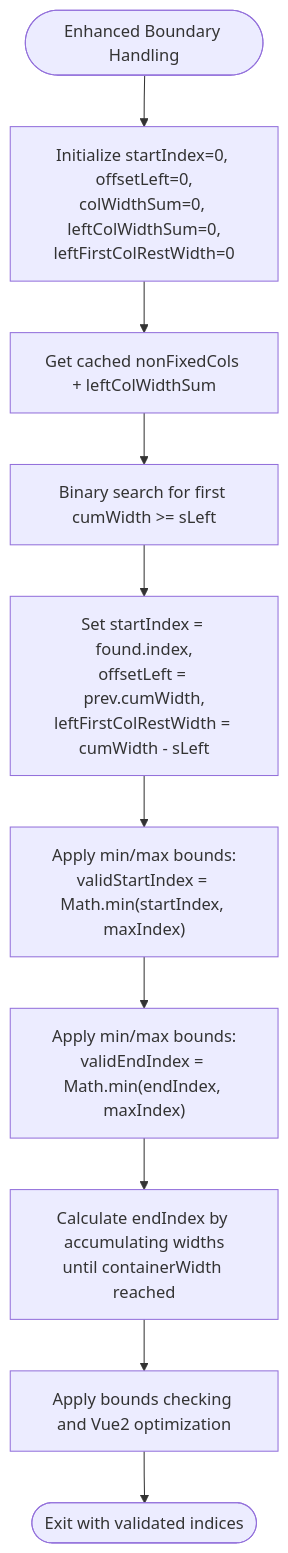
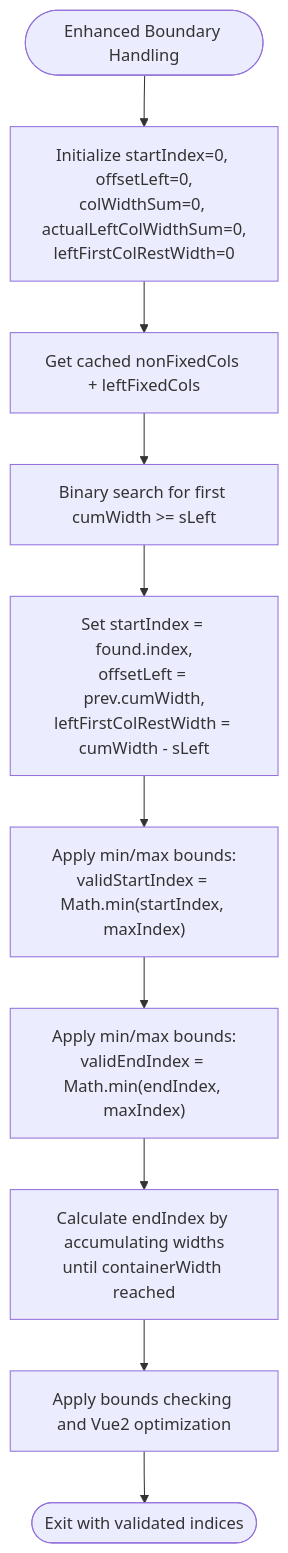
Before and after one commit to ja-plus/stk-table-vue: the sixth of 12 diagrams in .qoder/repowiki/en/content/Advanced Features/Virtual Scrolling/Horizontal Virtual Scrolling.md, drawn with Mermaid. The commit also changed other lines of this file and 6 other files, not shown here.

````diff
--- a/.qoder/repowiki/en/content/Advanced Features/Virtual Scrolling/Horizontal Virtual Scrolling.md
+++ b/.qoder/repowiki/en/content/Advanced Features/Virtual Scrolling/Horizontal Virtual Scrolling.md
@@ -256,12 +258,12 @@
 ```mermaid
 flowchart TD
-Start(["Enhanced Boundary Handling"]) --> Init["Initialize startIndex=0, offsetLeft=0,<br/>colWidthSum=0, leftColWidthSum=0,<br/>leftFirstColRestWidth=0"]
-Init --> Cache["Get cached nonFixedCols + leftColWidthSum"]
+Start(["Enhanced Boundary Handling"]) --> Init["Initialize startIndex=0, offsetLeft=0,<br/>colWidthSum=0, actualLeftColWidthSum=0,<br/>leftFirstColRestWidth=0"]
+Init --> Cache["Get cached nonFixedCols + leftFixedCols"]
 Cache --> Binary["Binary search for first cumWidth >= sLeft"]
 Binary --> Found["Set startIndex = found.index,<br/>offsetLeft = prev.cumWidth,<br/>leftFirstColRestWidth = cumWidth - sLeft"]
 Found --> ValidStart["Apply min/max bounds:<br/>validStartIndex = Math.min(startIndex, maxIndex)"]
 ValidStart --> ValidEnd["Apply min/max bounds:<br/>validEndIndex = Math.min(endIndex, maxIndex)"]
 ValidEnd --> EndCalc["Calculate endIndex by accumulating widths<br/>until containerWidth reached"]
 EndCalc --> Bounds["Apply bounds checking and Vue2 optimization"]
 Bounds --> End(["Exit with validated indices"])
 ```
````
